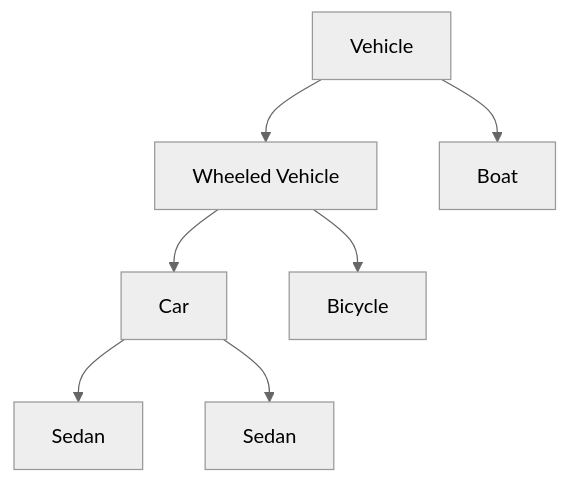
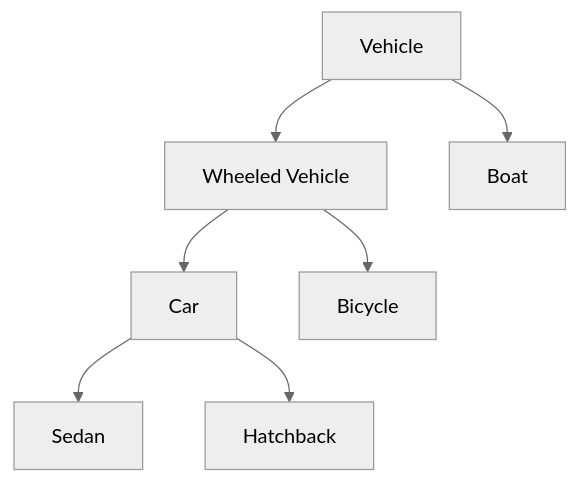
The fifth of 25 diagrams in frontend/books_mds/Grade 7/comp/comp_7.md (zk-007/AutiStudy-App), drawn with Mermaid (neutral theme) before and after one commit. The commit also changed other lines of this file and 12 other files, not shown here.

````diff
--- a/frontend/books_mds/Grade 7/comp/comp_7.md
+++ b/frontend/books_mds/Grade 7/comp/comp_7.md
@@ -2471,9 +2252,9 @@
 ```mermaid
 graph TD
-    Vehicle --> WheeledVehicle[Wheeled Vehicle]
-    Vehicle --> Boat[Boat]
-    WheeledVehicle --> Car[Car]
-    WheeledVehicle --> Bicycle[Bicycle]
-    Car --> Sedan1[Sedan]
-    Car --> Sedan2[Sedan]
+    A[Vehicle] --> B[Wheeled Vehicle]
+    A --> C[Boat]
+    B --> D[Car]
+    B --> E[Bicycle]
+    D --> F[Sedan]
+    D --> G[Hatchback]
 ```
````
